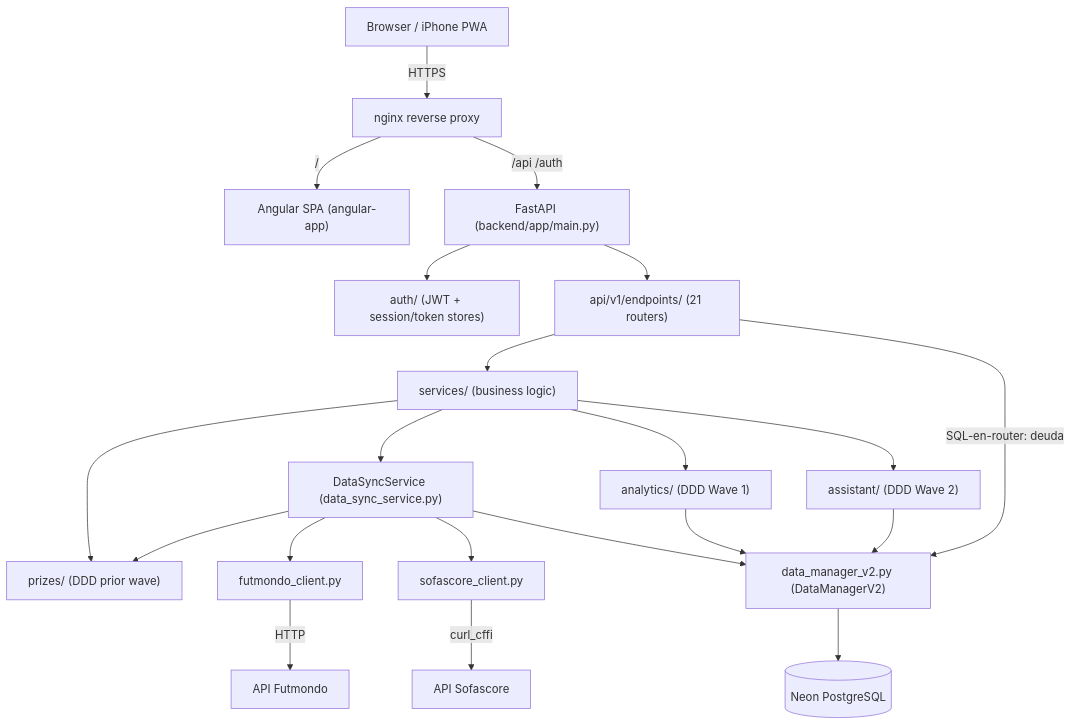
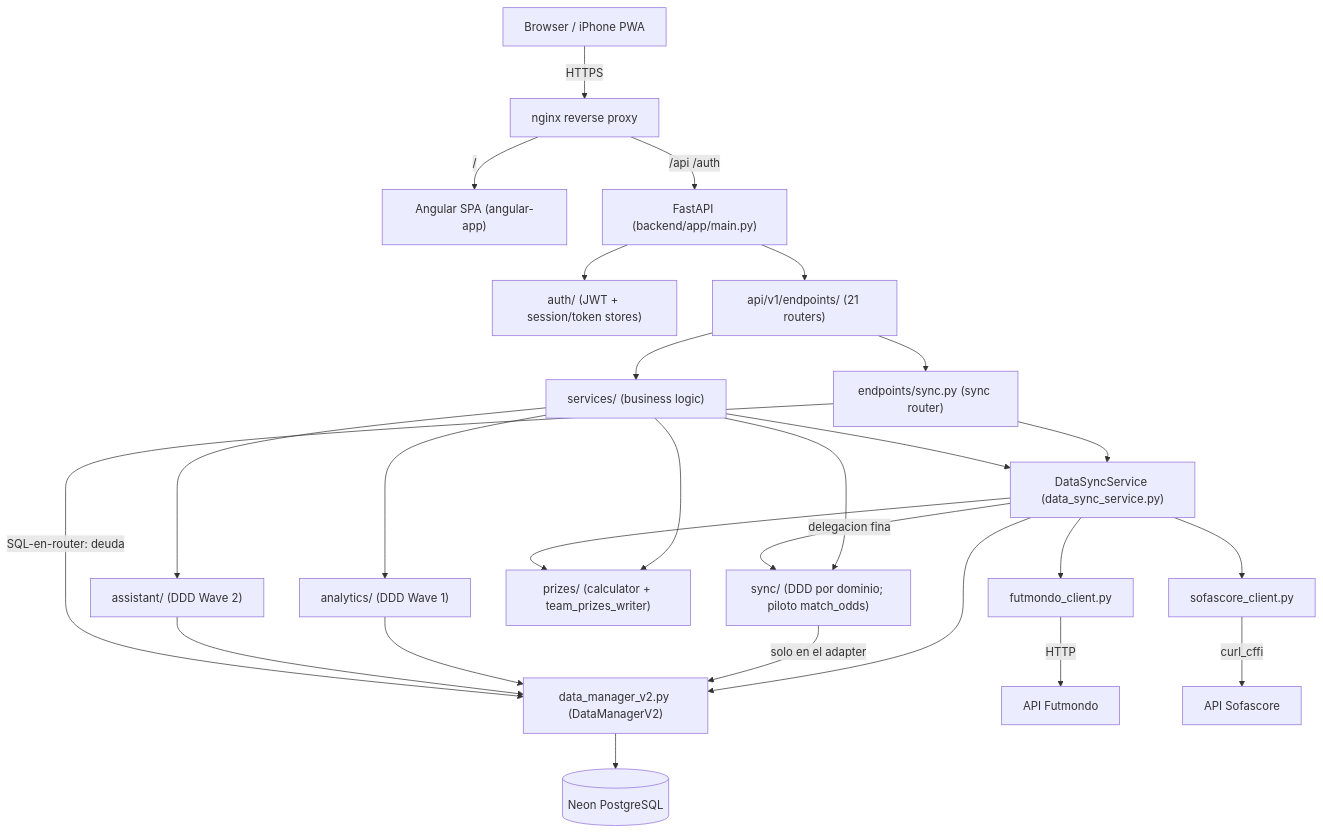
The first of 4 diagrams in aidlc/spaces/default/codekb/futmondo-analytics/architecture.md (Mutinho/futmondo-analytics), drawn with Mermaid before and after one commit. The commit also changed other lines of this file and 49 other files, not shown here.

First line of the commit message:
chore(aidlc): registra el workflow refactor del dominio clauses (261001-sync-god-file-resto)

````diff
--- a/aidlc/spaces/default/codekb/futmondo-analytics/architecture.md
+++ b/aidlc/spaces/default/codekb/futmondo-analytics/architecture.md
@@ -24,27 +34,32 @@
 ```mermaid
 graph TD
   Browser["Browser / iPhone PWA"] -->|HTTPS| Nginx["nginx reverse proxy"]
   Nginx -->|/| NG["Angular SPA (angular-app)"]
   Nginx -->|/api /auth| API["FastAPI (backend/app/main.py)"]
 
   API --> Auth["auth/ (JWT + session/token stores)"]
   API --> Routers["api/v1/endpoints/ (21 routers)"]
 
+  Routers --> SyncRouter["endpoints/sync.py (sync router)"]
   Routers --> Services["services/ (business logic)"]
-  Services --> DSS["DataSyncService (data_sync_service.py)"]
+  SyncRouter --> DSS["DataSyncService (data_sync_service.py)"]
+  Services --> DSS
+  Services --> SyncPkg["sync/ (DDD por dominio; piloto match_odds)"]
   Services --> Analytics["analytics/ (DDD Wave 1)"]
   Services --> Assistant["assistant/ (DDD Wave 2)"]
-  Services --> Prizes["prizes/ (DDD prior wave)"]
+  Services --> Prizes["prizes/ (calculator + team_prizes_writer)"]
 
   DSS --> FClient["futmondo_client.py"]
   DSS --> SClient["sofascore_client.py"]
   DSS --> Prizes
+  DSS -->|delegacion fina| SyncPkg
   DSS --> DM["data_manager_v2.py (DataManagerV2)"]
+  SyncPkg -->|solo en el adapter| DM
   Analytics --> DM
   Assistant --> DM
-  Routers -->|SQL-en-router: deuda| DM
+  SyncRouter -->|SQL-en-router: deuda| DM
 
   DM --> Neon[("Neon PostgreSQL")]
   FClient -->|HTTP| Futmondo["API Futmondo"]
   SClient -->|curl_cffi| Sofascore["API Sofascore"]
 ```
````
